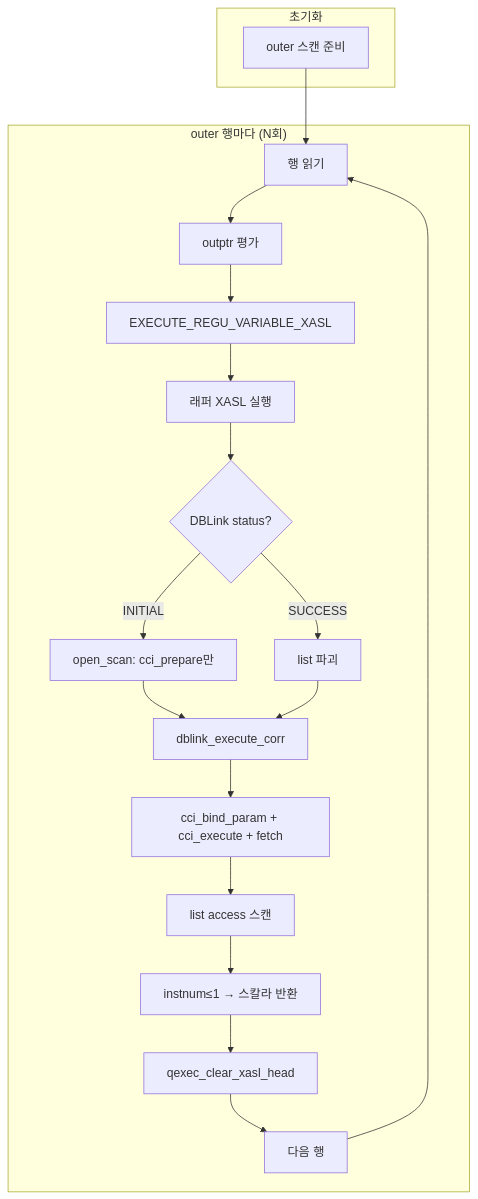
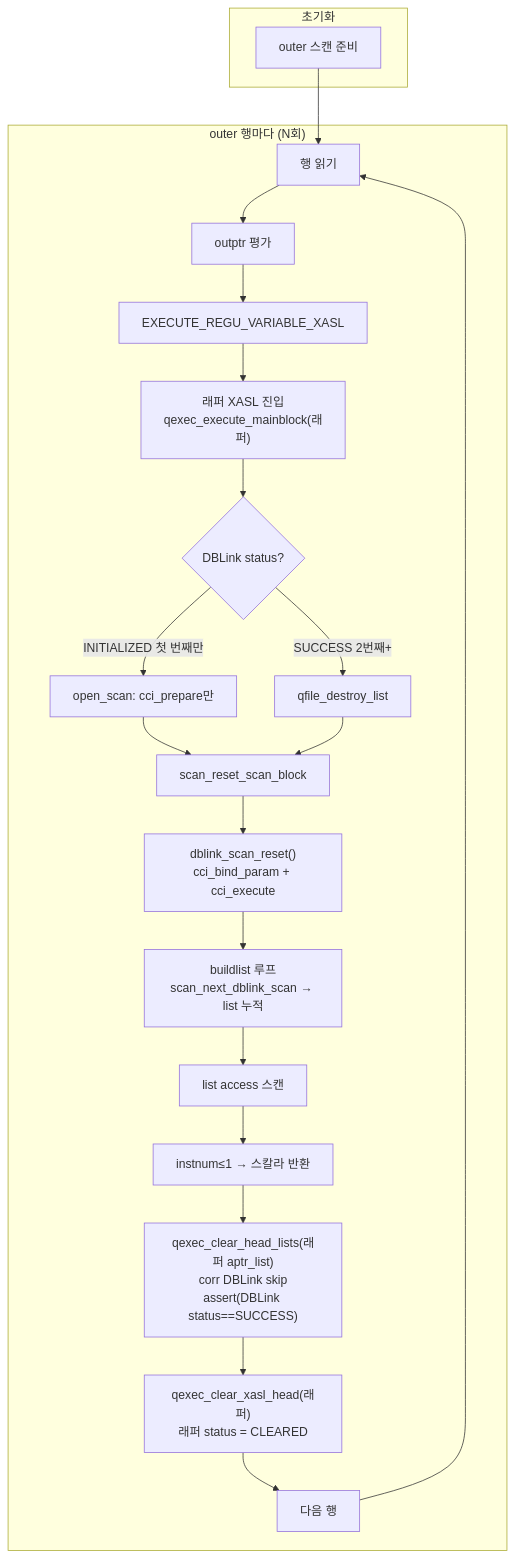
One commit to kwangsoochae/cubrid changed the diagram in CBRD-26601_dblink_correlated/docs/dblink_correlated_optimization_design_doc.md. Above: the diagram before and after it, drawn with Mermaid. The commit also changed other lines of this file and 3 other files, not shown here.

First line of the commit message:
[CBRD-26601_dblink_correlated] Update design docs: replace dblink_execute_corr with scan_reset_scan_block    + dblink_scan_reset pattern

````diff
--- a/CBRD-26601_dblink_correlated/docs/dblink_correlated_optimization_design_doc.md
+++ b/CBRD-26601_dblink_correlated/docs/dblink_correlated_optimization_design_doc.md
@@ -284,23 +369,25 @@
 ```mermaid
 flowchart TB
   subgraph init["초기화"]
     I1[outer 스캔 준비]
   end
   subgraph loop["outer 행마다 (N회)"]
     L1[행 읽기] --> L2[outptr 평가]
     L2 --> L3[EXECUTE_REGU_VARIABLE_XASL]
-    L3 --> L4[래퍼 XASL 실행]
-    L4 --> L5T{DBLink status?}
-    L5T -->|INITIAL| L6A[open_scan: cci_prepare만]
-    L6A --> L6B[dblink_execute_corr]
-    L5T -->|SUCCESS| L7[list 파괴]
-    L7 --> L6B
-    L6B --> L8[cci_bind_param + cci_execute + fetch]
-    L8 --> L9[list access 스캔]
-    L9 --> L10[instnum≤1 → 스칼라 반환]
-    L10 --> L11[qexec_clear_xasl_head]
-    L11 --> L12[다음 행]
+    L3 --> L4["래퍼 XASL 진입<br/>qexec_execute_mainblock(래퍼)"]
+    L4 --> W1{DBLink status?}
+    W1 -->|INITIALIZED 첫 번째만| W2["open_scan: cci_prepare만<br/>"]
+    W2 --> W3[scan_reset_scan_block]
+    W1 -->|SUCCESS 2번째+| W4["qfile_destroy_list<br/>"]
+    W4 --> W3
+    W3 --> W5["dblink_scan_reset()<br/>cci_bind_param + cci_execute"]
+    W5 --> W6["buildlist 루프<br/>scan_next_dblink_scan → list 누적"]
+    W6 --> W7[list access 스캔]
+    W7 --> W8["instnum≤1 → 스칼라 반환"]
+    W8 --> W9["qexec_clear_head_lists(래퍼 aptr_list)<br/>corr DBLink skip<br/>assert(DBLink status==SUCCESS)"]
+    W9 --> C1["qexec_clear_xasl_head(래퍼)<br/>래퍼 status = CLEARED"]
+    C1 --> L12[다음 행]
     L12 --> L1
   end
   I1 --> L1
 ```
````
